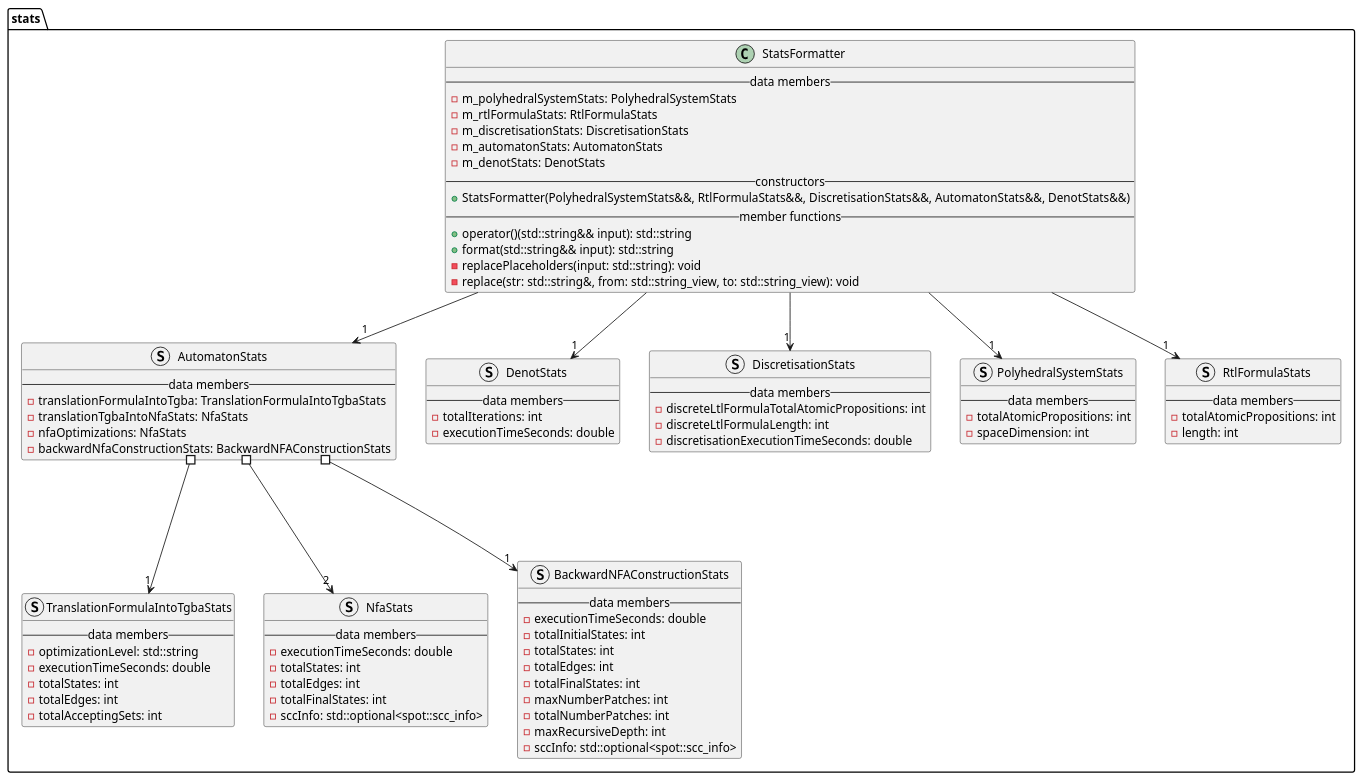
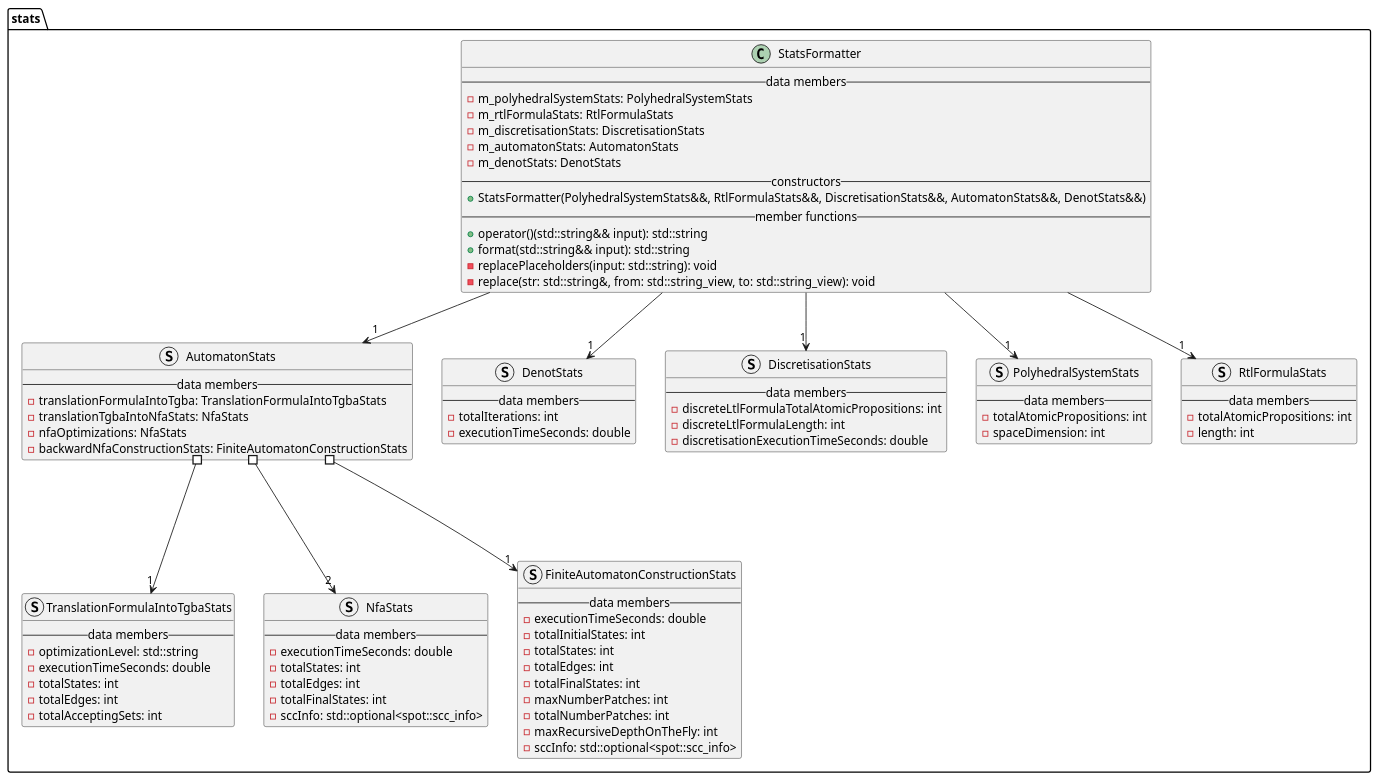
Before and after one commit to vtramo/rtl-mc: the diagram in docs/plantuml/stats.puml, drawn with PlantUML. The commit also changed 64 other files, not shown here.

```diff
--- a/docs/plantuml/stats.puml
+++ b/docs/plantuml/stats.puml
@@ -1,94 +1,94 @@
 @startuml
 
 package stats {
     struct AutomatonStats {
         --data members--
         -translationFormulaIntoTgba: TranslationFormulaIntoTgbaStats
         -translationTgbaIntoNfaStats: NfaStats
         -nfaOptimizations: NfaStats
-        -backwardNfaConstructionStats: BackwardNFAConstructionStats
+        -backwardNfaConstructionStats: FiniteAutomatonConstructionStats
     }
 
     struct TranslationFormulaIntoTgbaStats {
         --data members--
         -optimizationLevel: std::string
         -executionTimeSeconds: double
         -totalStates: int
         -totalEdges: int
         -totalAcceptingSets: int
     }
 
     struct NfaStats {
         --data members--
         -executionTimeSeconds: double
         -totalStates: int
         -totalEdges: int
         -totalFinalStates: int
         -sccInfo: std::optional<spot::scc_info>
     }
 
-    struct BackwardNFAConstructionStats {
+    struct FiniteAutomatonConstructionStats {
         --data members--
         -executionTimeSeconds: double
         -totalInitialStates: int
         -totalStates: int
         -totalEdges: int
         -totalFinalStates: int
         -maxNumberPatches: int
         -totalNumberPatches: int
-        -maxRecursiveDepth: int
+        -maxRecursiveDepthOnTheFly: int
         -sccInfo: std::optional<spot::scc_info>
     }
 
     struct DenotStats {
         --data members--
         -totalIterations: int
         -executionTimeSeconds: double
     }
 
     struct DiscretisationStats {
         --data members--
         -discreteLtlFormulaTotalAtomicPropositions: int
         -discreteLtlFormulaLength: int
         -discretisationExecutionTimeSeconds: double
     }
 
     struct PolyhedralSystemStats {
         --data members--
         -totalAtomicPropositions: int
         -spaceDimension: int
     }
 
     struct RtlFormulaStats {
         --data members--
         -totalAtomicPropositions: int
         -length: int
     }
 
     class StatsFormatter {
         --data members--
         -m_polyhedralSystemStats: PolyhedralSystemStats
         -m_rtlFormulaStats: RtlFormulaStats
         -m_discretisationStats: DiscretisationStats
         -m_automatonStats: AutomatonStats
         -m_denotStats: DenotStats
         --constructors--
         +StatsFormatter(PolyhedralSystemStats&&, RtlFormulaStats&&, DiscretisationStats&&, AutomatonStats&&, DenotStats&&)
         --member functions--
         +operator()(std::string&& input): std::string
         +format(std::string&& input): std::string
         -replacePlaceholders(input: std::string): void
         -replace(str: std::string&, from: std::string_view, to: std::string_view): void
     }
 
     StatsFormatter --> "1" PolyhedralSystemStats
     StatsFormatter --> "1" RtlFormulaStats
     StatsFormatter --> "1" DiscretisationStats
     StatsFormatter --> "1" AutomatonStats
     StatsFormatter --> "1" DenotStats
     AutomatonStats #---> "1" TranslationFormulaIntoTgbaStats
-    AutomatonStats #---> "1" BackwardNFAConstructionStats
+    AutomatonStats #---> "1" FiniteAutomatonConstructionStats
     AutomatonStats #---> "2" NfaStats
 }
 
 @enduml
```
